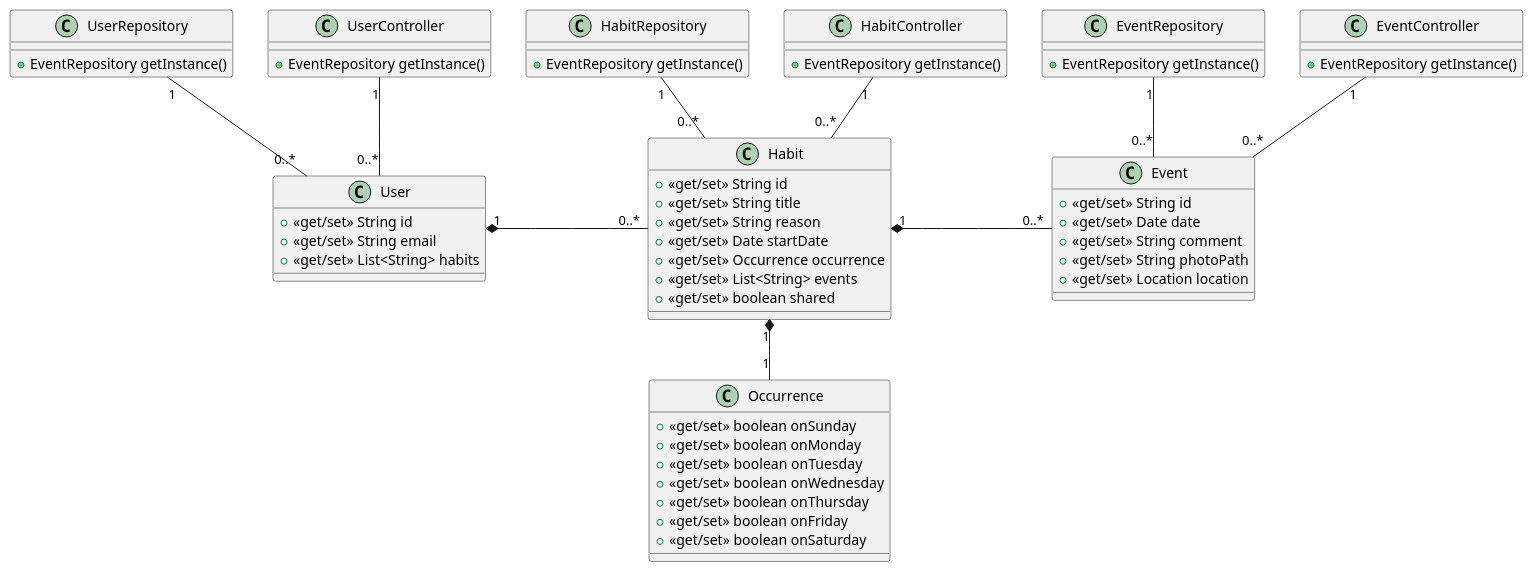
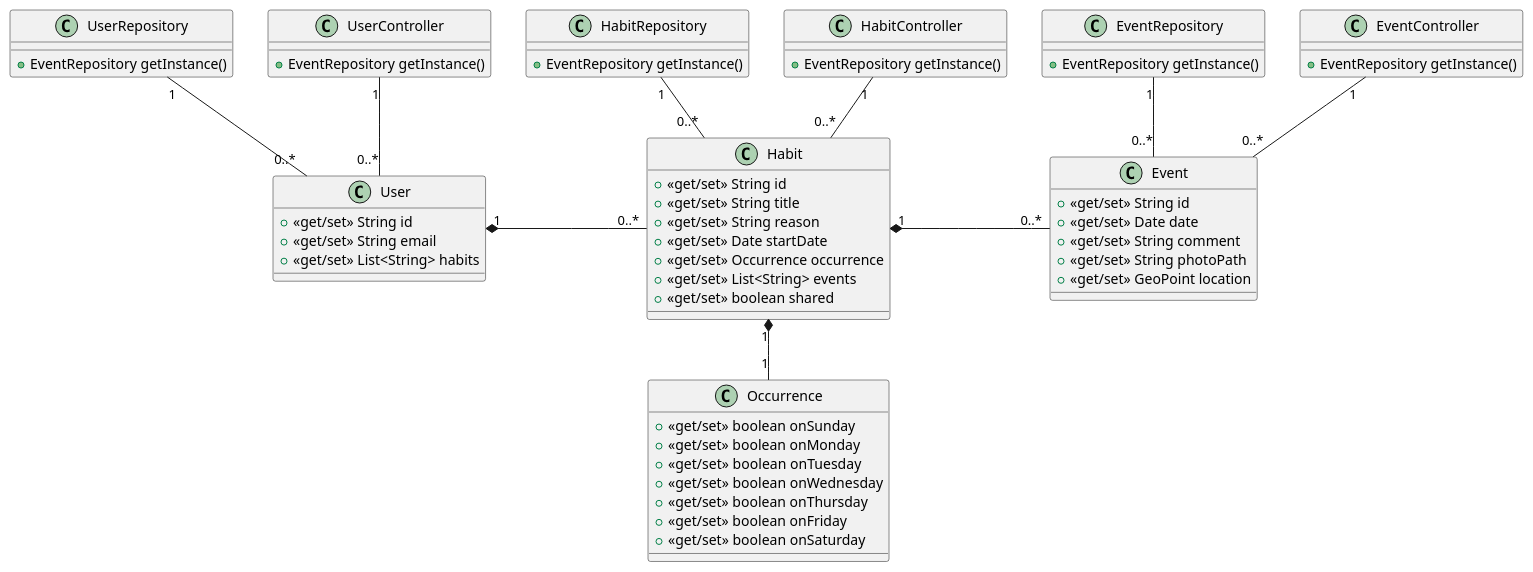
One commit to CMPUT301F21T22/Nabu changed the diagram in doc/model_basic.puml. Above: the diagram before and after it, drawn with PlantUML.

Commit message:
Correct UML Event class

```diff
--- a/doc/model_basic.puml
+++ b/doc/model_basic.puml
@@ -1,73 +1,73 @@
 @startuml
 
 class UserRepository {
     + EventRepository getInstance()
 }
 
 class HabitRepository {
     + EventRepository getInstance()
 }
 
 class EventRepository {
     + EventRepository getInstance()
 }
 
 class UserController {
     + EventRepository getInstance()
 }
 
 class HabitController {
     + EventRepository getInstance()
 }
 
 class EventController {
     + EventRepository getInstance()
 }
 
 class User {
     +<<get/set>> String id
     +<<get/set>> String email
     +<<get/set>> List<String> habits
 }
 
 class Habit {
     +<<get/set>> String id
     +<<get/set>> String title
     +<<get/set>> String reason
     +<<get/set>> Date startDate
     +<<get/set>> Occurrence occurrence
     +<<get/set>> List<String> events
     +<<get/set>> boolean shared
 }
 
 class Event {
     +<<get/set>> String id
     +<<get/set>> Date date
     +<<get/set>> String comment
     +<<get/set>> String photoPath
-    +<<get/set>> Location location
+    +<<get/set>> GeoPoint location
 }
 
 class Occurrence {
     +<<get/set>> boolean onSunday
     +<<get/set>> boolean onMonday
     +<<get/set>> boolean onTuesday
     +<<get/set>> boolean onWednesday
     +<<get/set>> boolean onThursday
     +<<get/set>> boolean onFriday
     +<<get/set>> boolean onSaturday
 }
 
 UserRepository "1" -- "0..*" User
 HabitRepository "1" -- "0..*" Habit
 EventRepository "1" -- "0..*" Event
 UserController "1" -- "0..*" User
 HabitController "1" -- "0..*" Habit
 EventController "1" -- "0..*" Event
 
 User "1" *- "0..*" Habit : \t
 Habit "1" *- "0..*" Event : \t
 
 Habit "1" *-- "1" Occurrence
 
 @enduml
```
